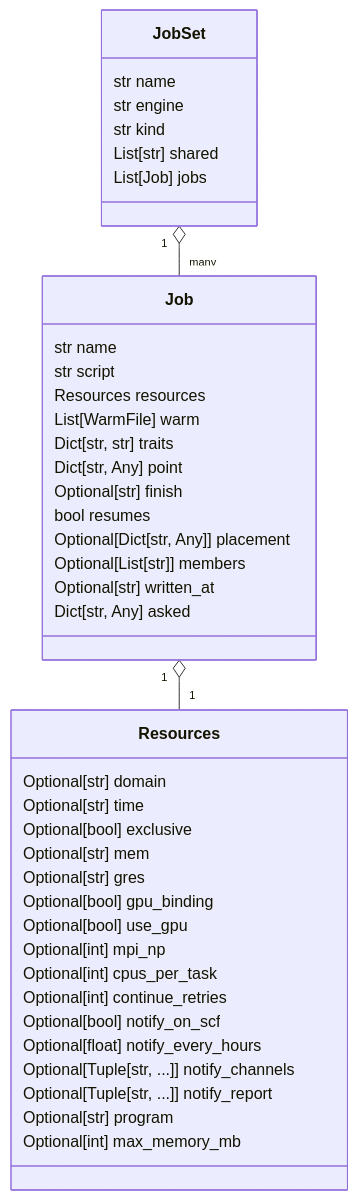
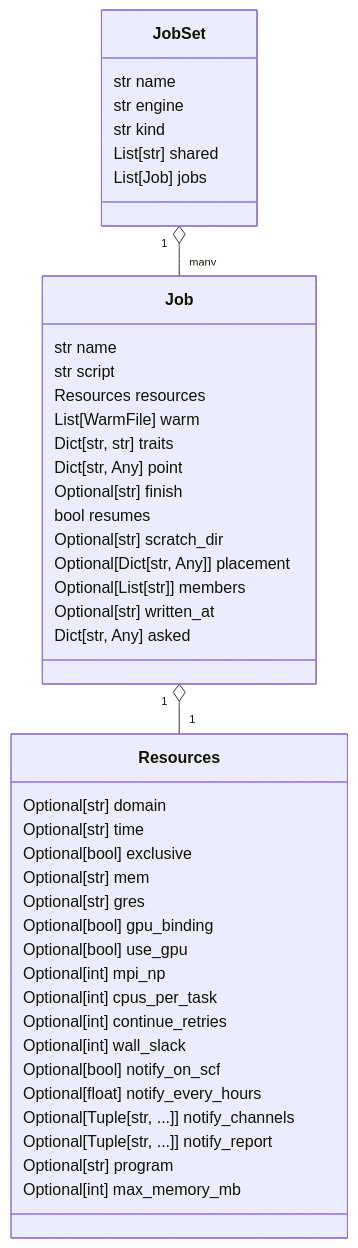
The seventh of 19 diagrams in docs/execution/job-system.md (Qing-LAB/molbuilder), drawn with Mermaid before and after one commit. The commit also changed other lines of this file and 54 other files, not shown here.

````diff
--- a/docs/execution/job-system.md
+++ b/docs/execution/job-system.md
@@ -969,44 +990,46 @@
 ```mermaid
 classDiagram
     class JobSet {
       str name
       str engine
       str kind
       List[str] shared
       List[Job] jobs
     }
     class Job {
       str name
       str script
       Resources resources
       List[WarmFile] warm
       Dict[str, str] traits
       Dict[str, Any] point
       Optional[str] finish
       bool resumes
+      Optional[str] scratch_dir
       Optional[Dict[str, Any]] placement
       Optional[List[str]] members
       Optional[str] written_at
       Dict[str, Any] asked
     }
     class Resources {
       Optional[str] domain
       Optional[str] time
       Optional[bool] exclusive
       Optional[str] mem
       Optional[str] gres
       Optional[bool] gpu_binding
       Optional[bool] use_gpu
       Optional[int] mpi_np
       Optional[int] cpus_per_task
       Optional[int] continue_retries
+      Optional[int] wall_slack
       Optional[bool] notify_on_scf
       Optional[float] notify_every_hours
       Optional[Tuple[str, ...]] notify_channels
       Optional[Tuple[str, ...]] notify_report
       Optional[str] program
       Optional[int] max_memory_mb
     }
     JobSet "1" o-- "many" Job
     Job "1" o-- "1" Resources
 ```
````
